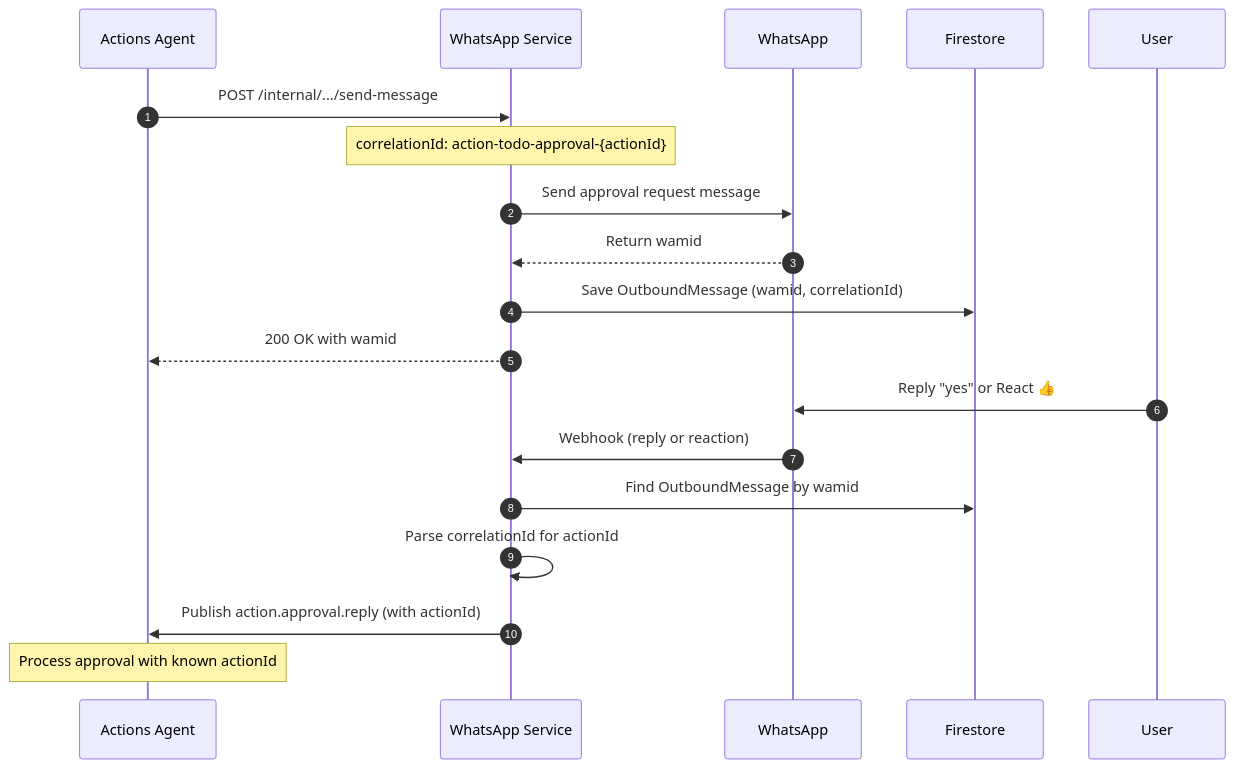
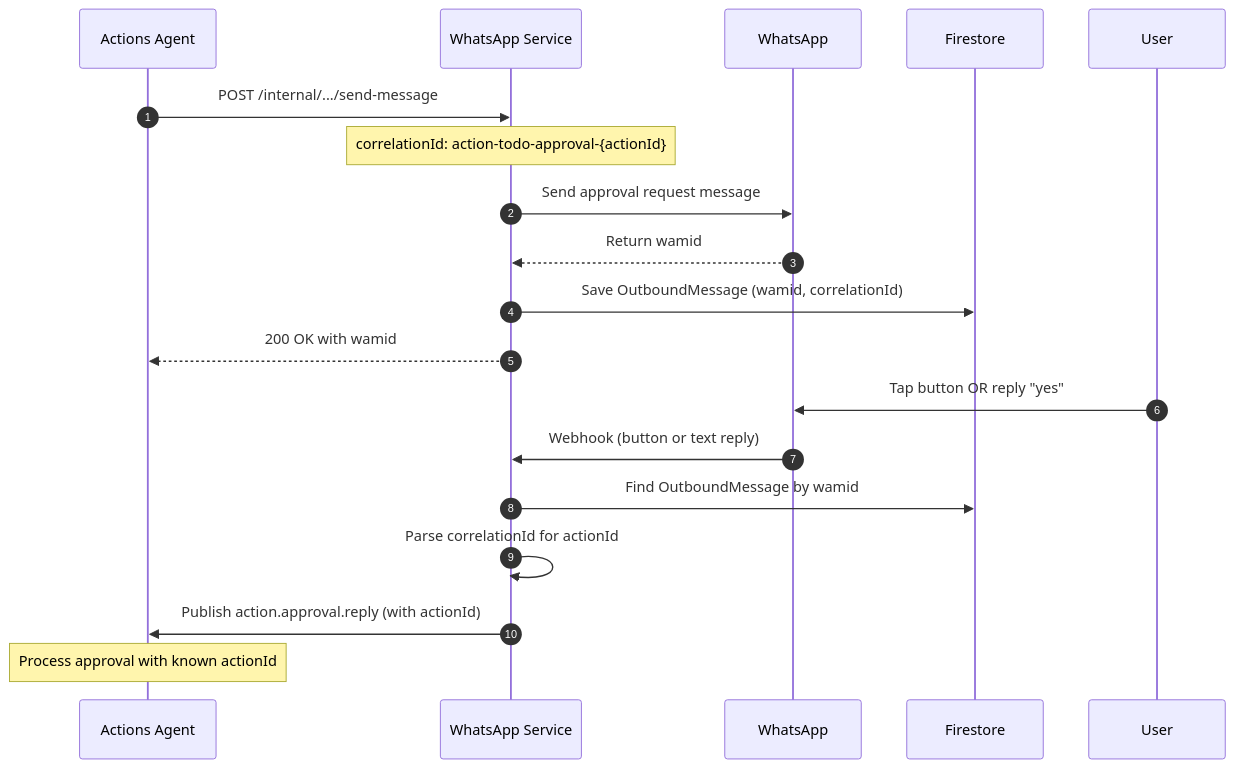
The third of 3 diagrams in docs/services/whatsapp-service/technical.md (pbuchman/intexuraos), drawn with Mermaid before and after one commit. The commit also changed other lines of this file and 147 other files, not shown here.

````diff
--- a/docs/services/whatsapp-service/technical.md
+++ b/docs/services/whatsapp-service/technical.md
@@ -81,24 +77,24 @@
 ```mermaid
 sequenceDiagram
     autonumber
     participant AA as Actions Agent
     participant WS as WhatsApp Service
     participant WA as WhatsApp
     participant FS as Firestore
     participant User
 
     AA->>WS: POST /internal/.../send-message
     Note over WS: correlationId: action-todo-approval-{actionId}
     WS->>WA: Send approval request message
     WA-->>WS: Return wamid
     WS->>FS: Save OutboundMessage (wamid, correlationId)
     WS-->>AA: 200 OK with wamid
 
-    User->>WA: Reply "yes" or React 👍
+    User->>WA: Tap button OR reply "yes"
 
-    WA->>WS: Webhook (reply or reaction)
+    WA->>WS: Webhook (button or text reply)
     WS->>FS: Find OutboundMessage by wamid
     WS->>WS: Parse correlationId for actionId
     WS->>AA: Publish action.approval.reply (with actionId)
     Note over AA: Process approval with known actionId
 ```
````
